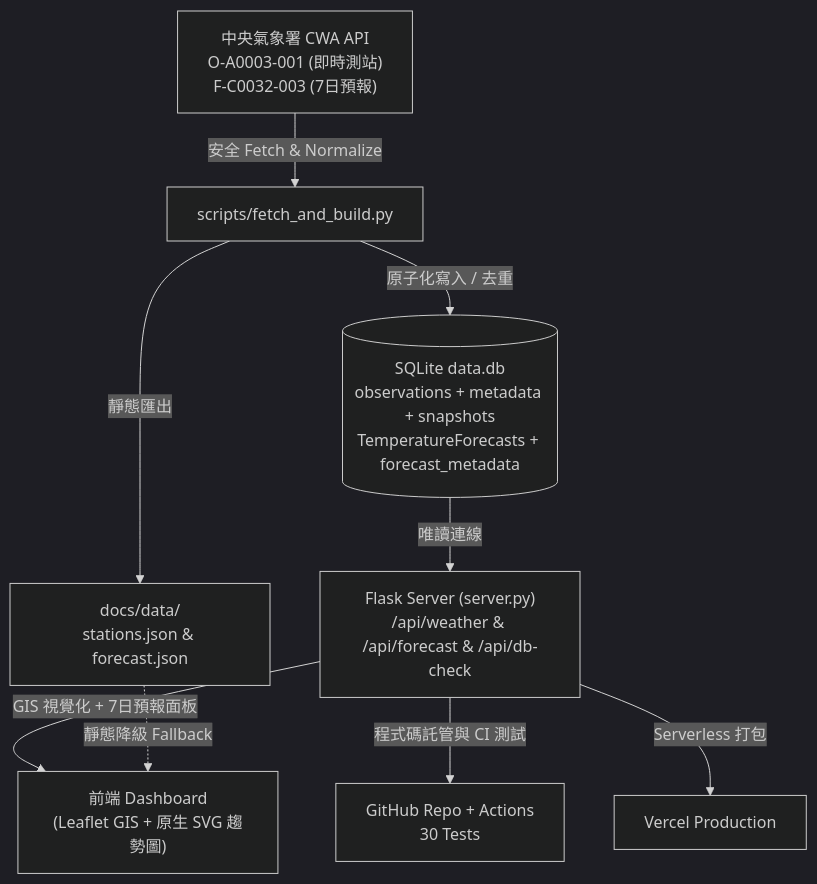
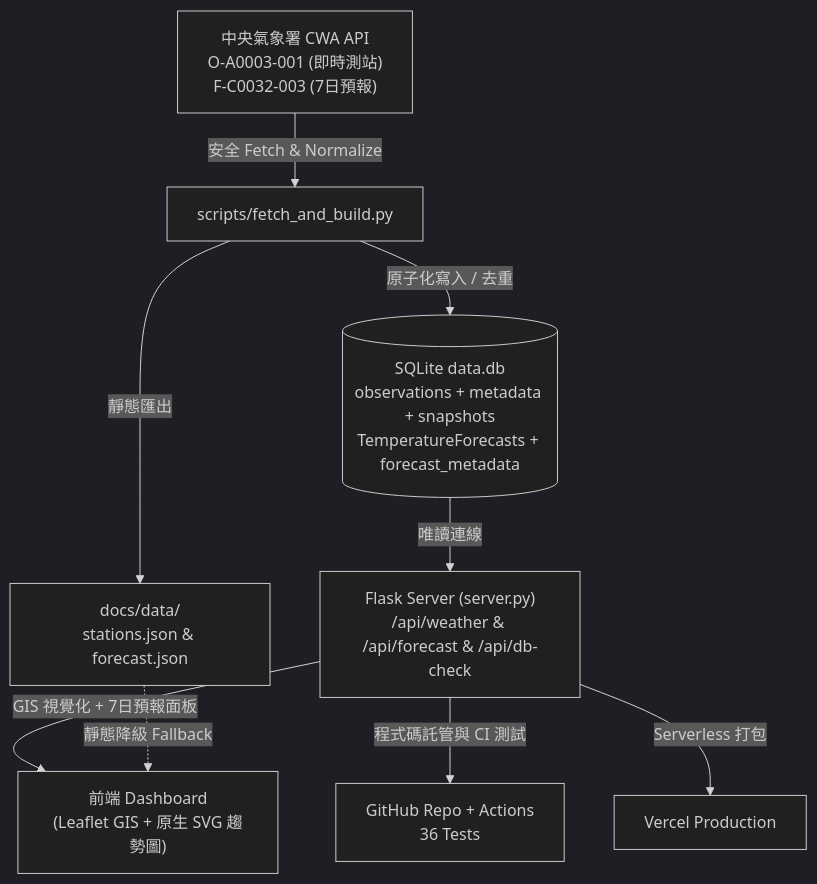
One commit to prometheans152/0923 changed the diagram in README.md. Above: the diagram before and after it, drawn with Mermaid (dark theme). The commit also changed other lines of this file and 4 other files, not shown here.

````diff
--- a/README.md
+++ b/README.md
@@ -50,11 +50,11 @@
 ```mermaid
 flowchart TD
     A["中央氣象署 CWA API<br/>O-A0003-001 (即時測站)<br/>F-C0032-003 (7日預報)"] -->|安全 Fetch & Normalize| B["scripts/fetch_and_build.py"]
     B -->|原子化寫入 / 去重| C[("SQLite data.db<br/>observations + metadata + snapshots<br/>TemperatureForecasts + forecast_metadata")]
     B -->|靜態匯出| D["docs/data/<br/>stations.json & forecast.json"]
     C -->|唯讀連線| E["Flask Server (server.py)<br/>/api/weather & /api/forecast & /api/db-check"]
     E -->|GIS 視覺化 + 7日預報面板| F["前端 Dashboard<br/>(Leaflet GIS + 原生 SVG 趨勢圖)"]
     D -.->|靜態降級 Fallback| F
-    E -->|程式碼託管與 CI 測試| G["GitHub Repo + Actions<br/>30 Tests"]
+    E -->|程式碼託管與 CI 測試| G["GitHub Repo + Actions<br/>36 Tests"]
     E -->|Serverless 打包| H["Vercel Production"]
 ```
````
